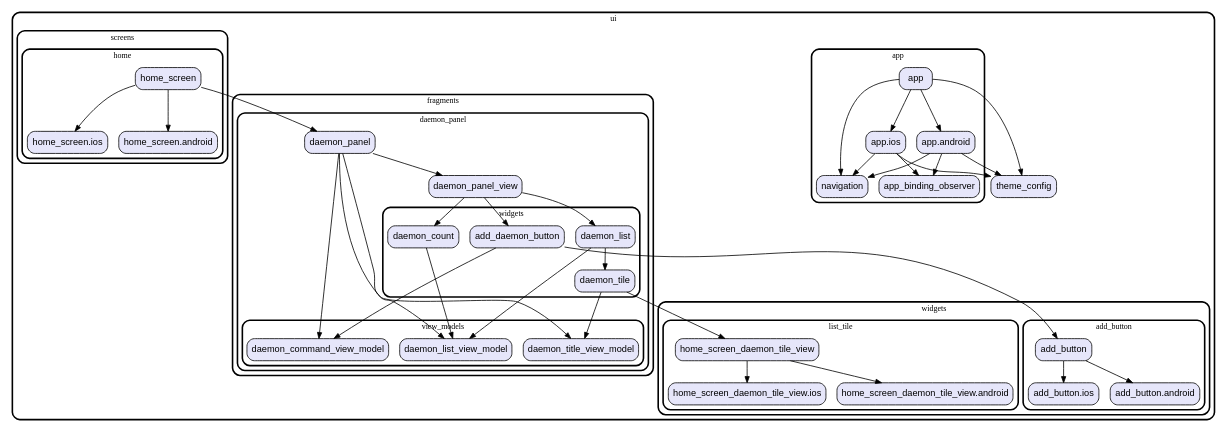
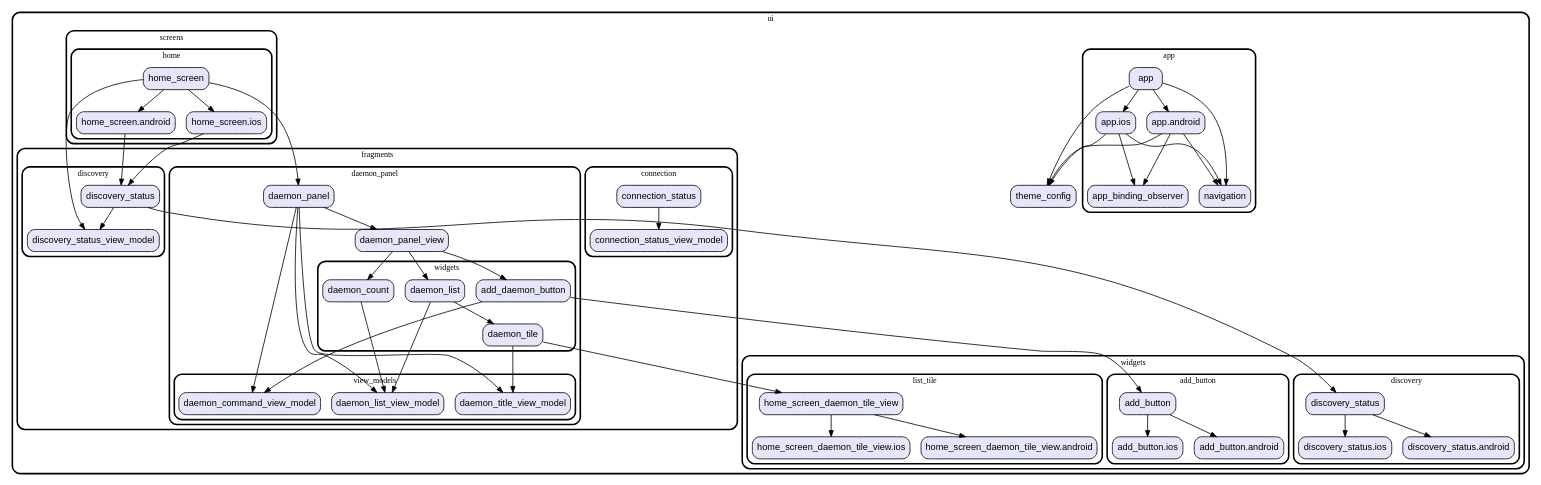
One commit to gev/reacthome-mobile changed the diagram in graph/lib/ui.dot. Above: the diagram before and after it, drawn with Graphviz. The commit also changed 19 other files, not shown here.

Commit message:
update dependencies graph

```diff
--- a/graph/lib/ui.dot
+++ b/graph/lib/ui.dot
@@ -1,117 +1,148 @@
 digraph "" {
   graph [style=rounded fontname="Arial Black" fontsize=13 penwidth=2.6];
   node [shape=rect style="filled,rounded" fontname=Arial fontsize=15 fillcolor=Lavender penwidth=1.3];
   edge [penwidth=1.3];
+  "/fragments/connection/connection_status_view_model.dart" [label="connection_status_view_model"];
+  "/fragments/connection/connection_status.dart" [label="connection_status"];
   "/fragments/daemon_panel/view_models/daemon_command_view_model.dart" [label="daemon_command_view_model"];
   "/fragments/daemon_panel/view_models/daemon_title_view_model.dart" [label="daemon_title_view_model"];
   "/fragments/daemon_panel/view_models/daemon_list_view_model.dart" [label="daemon_list_view_model"];
   "/fragments/daemon_panel/daemon_panel.dart" [label="daemon_panel"];
   "/fragments/daemon_panel/daemon_panel_view.dart" [label="daemon_panel_view"];
   "/fragments/daemon_panel/widgets/daemon_tile.dart" [label="daemon_tile"];
   "/fragments/daemon_panel/widgets/daemon_list.dart" [label="daemon_list"];
   "/fragments/daemon_panel/widgets/daemon_count.dart" [label="daemon_count"];
   "/fragments/daemon_panel/widgets/add_daemon_button.dart" [label="add_daemon_button"];
+  "/fragments/discovery/discovery_status.dart" [label="discovery_status"];
+  "/fragments/discovery/discovery_status_view_model.dart" [label="discovery_status_view_model"];
   "/app/app.android.dart" [label="app.android"];
   "/app/app_binding_observer.dart" [label="app_binding_observer"];
   "/app/app.ios.dart" [label="app.ios"];
   "/app/navigation.dart" [label="navigation"];
   "/app/app.dart" [label="app"];
   "/screens/home/home_screen.android.dart" [label="home_screen.android"];
   "/screens/home/home_screen.ios.dart" [label="home_screen.ios"];
   "/screens/home/home_screen.dart" [label="home_screen"];
   "/theme_config.dart" [label="theme_config"];
   "/widgets/list_tile/home_screen_daemon_tile_view.ios.dart" [label="home_screen_daemon_tile_view.ios"];
   "/widgets/list_tile/home_screen_daemon_tile_view.android.dart" [label="home_screen_daemon_tile_view.android"];
   "/widgets/list_tile/home_screen_daemon_tile_view.dart" [label="home_screen_daemon_tile_view"];
+  "/widgets/discovery/discovery_status.dart" [label="discovery_status"];
+  "/widgets/discovery/discovery_status.ios.dart" [label="discovery_status.ios"];
+  "/widgets/discovery/discovery_status.android.dart" [label="discovery_status.android"];
   "/widgets/add_button/add_button.dart" [label="add_button"];
   "/widgets/add_button/add_button.ios.dart" [label="add_button.ios"];
   "/widgets/add_button/add_button.android.dart" [label="add_button.android"];
   subgraph "cluster~" {
     label="ui";
     "/theme_config.dart";
     subgraph "cluster~/fragments" {
       label="fragments";
+      subgraph "cluster~/fragments/connection" {
+        label="connection";
+        "/fragments/connection/connection_status_view_model.dart";
+        "/fragments/connection/connection_status.dart";
+      }
       subgraph "cluster~/fragments/daemon_panel" {
         label="daemon_panel";
         "/fragments/daemon_panel/daemon_panel.dart";
         "/fragments/daemon_panel/daemon_panel_view.dart";
         subgraph "cluster~/fragments/daemon_panel/view_models" {
           label="view_models";
           "/fragments/daemon_panel/view_models/daemon_command_view_model.dart";
           "/fragments/daemon_panel/view_models/daemon_title_view_model.dart";
           "/fragments/daemon_panel/view_models/daemon_list_view_model.dart";
         }
         subgraph "cluster~/fragments/daemon_panel/widgets" {
           label="widgets";
           "/fragments/daemon_panel/widgets/daemon_tile.dart";
           "/fragments/daemon_panel/widgets/daemon_list.dart";
           "/fragments/daemon_panel/widgets/daemon_count.dart";
           "/fragments/daemon_panel/widgets/add_daemon_button.dart";
         }
+      }
+      subgraph "cluster~/fragments/discovery" {
+        label="discovery";
+        "/fragments/discovery/discovery_status.dart";
+        "/fragments/discovery/discovery_status_view_model.dart";
       }
     }
     subgraph "cluster~/app" {
       label="app";
       "/app/app.android.dart";
       "/app/app_binding_observer.dart";
       "/app/app.ios.dart";
       "/app/navigation.dart";
       "/app/app.dart";
     }
     subgraph "cluster~/screens" {
       label="screens";
       subgraph "cluster~/screens/home" {
         label="home";
         "/screens/home/home_screen.android.dart";
         "/screens/home/home_screen.ios.dart";
         "/screens/home/home_screen.dart";
       }
     }
     subgraph "cluster~/widgets" {
       label="widgets";
       subgraph "cluster~/widgets/list_tile" {
         label="list_tile";
         "/widgets/list_tile/home_screen_daemon_tile_view.ios.dart";
         "/widgets/list_tile/home_screen_daemon_tile_view.android.dart";
         "/widgets/list_tile/home_screen_daemon_tile_view.dart";
       }
+      subgraph "cluster~/widgets/discovery" {
+        label="discovery";
+        "/widgets/discovery/discovery_status.dart";
+        "/widgets/discovery/discovery_status.ios.dart";
+        "/widgets/discovery/discovery_status.android.dart";
+      }
       subgraph "cluster~/widgets/add_button" {
         label="add_button";
         "/widgets/add_button/add_button.dart";
         "/widgets/add_button/add_button.ios.dart";
         "/widgets/add_button/add_button.android.dart";
       }
     }
   }
+  "/fragments/connection/connection_status.dart" -> "/fragments/connection/connection_status_view_model.dart";
   "/fragments/daemon_panel/daemon_panel.dart" -> "/fragments/daemon_panel/daemon_panel_view.dart";
   "/fragments/daemon_panel/daemon_panel.dart" -> "/fragments/daemon_panel/view_models/daemon_command_view_model.dart";
   "/fragments/daemon_panel/daemon_panel.dart" -> "/fragments/daemon_panel/view_models/daemon_list_view_model.dart";
   "/fragments/daemon_panel/daemon_panel.dart" -> "/fragments/daemon_panel/view_models/daemon_title_view_model.dart";
   "/fragments/daemon_panel/daemon_panel_view.dart" -> "/fragments/daemon_panel/widgets/add_daemon_button.dart";
+  "/fragments/daemon_panel/daemon_panel_view.dart" -> "/fragments/daemon_panel/widgets/daemon_count.dart";
   "/fragments/daemon_panel/daemon_panel_view.dart" -> "/fragments/daemon_panel/widgets/daemon_list.dart";
-  "/fragments/daemon_panel/daemon_panel_view.dart" -> "/fragments/daemon_panel/widgets/daemon_count.dart";
   "/fragments/daemon_panel/widgets/daemon_tile.dart" -> "/fragments/daemon_panel/view_models/daemon_title_view_model.dart";
   "/fragments/daemon_panel/widgets/daemon_tile.dart" -> "/widgets/list_tile/home_screen_daemon_tile_view.dart";
   "/fragments/daemon_panel/widgets/daemon_list.dart" -> "/fragments/daemon_panel/view_models/daemon_list_view_model.dart";
   "/fragments/daemon_panel/widgets/daemon_list.dart" -> "/fragments/daemon_panel/widgets/daemon_tile.dart";
   "/fragments/daemon_panel/widgets/daemon_count.dart" -> "/fragments/daemon_panel/view_models/daemon_list_view_model.dart";
   "/fragments/daemon_panel/widgets/add_daemon_button.dart" -> "/fragments/daemon_panel/view_models/daemon_command_view_model.dart";
   "/fragments/daemon_panel/widgets/add_daemon_button.dart" -> "/widgets/add_button/add_button.dart";
+  "/fragments/discovery/discovery_status.dart" -> "/fragments/discovery/discovery_status_view_model.dart";
+  "/fragments/discovery/discovery_status.dart" -> "/widgets/discovery/discovery_status.dart";
   "/app/app.android.dart" -> "/app/app_binding_observer.dart";
   "/app/app.android.dart" -> "/app/navigation.dart";
   "/app/app.android.dart" -> "/theme_config.dart";
   "/app/app.ios.dart" -> "/app/app_binding_observer.dart";
   "/app/app.ios.dart" -> "/app/navigation.dart";
   "/app/app.ios.dart" -> "/theme_config.dart";
   "/app/app.dart" -> "/app/app.android.dart";
   "/app/app.dart" -> "/app/app.ios.dart";
   "/app/app.dart" -> "/app/navigation.dart";
   "/app/app.dart" -> "/theme_config.dart";
+  "/screens/home/home_screen.android.dart" -> "/fragments/discovery/discovery_status.dart";
+  "/screens/home/home_screen.ios.dart" -> "/fragments/discovery/discovery_status.dart";
   "/screens/home/home_screen.dart" -> "/fragments/daemon_panel/daemon_panel.dart";
+  "/screens/home/home_screen.dart" -> "/fragments/discovery/discovery_status_view_model.dart";
   "/screens/home/home_screen.dart" -> "/screens/home/home_screen.android.dart";
   "/screens/home/home_screen.dart" -> "/screens/home/home_screen.ios.dart";
   "/widgets/list_tile/home_screen_daemon_tile_view.dart" -> "/widgets/list_tile/home_screen_daemon_tile_view.android.dart";
   "/widgets/list_tile/home_screen_daemon_tile_view.dart" -> "/widgets/list_tile/home_screen_daemon_tile_view.ios.dart";
+  "/widgets/discovery/discovery_status.dart" -> "/widgets/discovery/discovery_status.android.dart";
+  "/widgets/discovery/discovery_status.dart" -> "/widgets/discovery/discovery_status.ios.dart";
   "/widgets/add_button/add_button.dart" -> "/widgets/add_button/add_button.android.dart";
   "/widgets/add_button/add_button.dart" -> "/widgets/add_button/add_button.ios.dart";
 }
```
